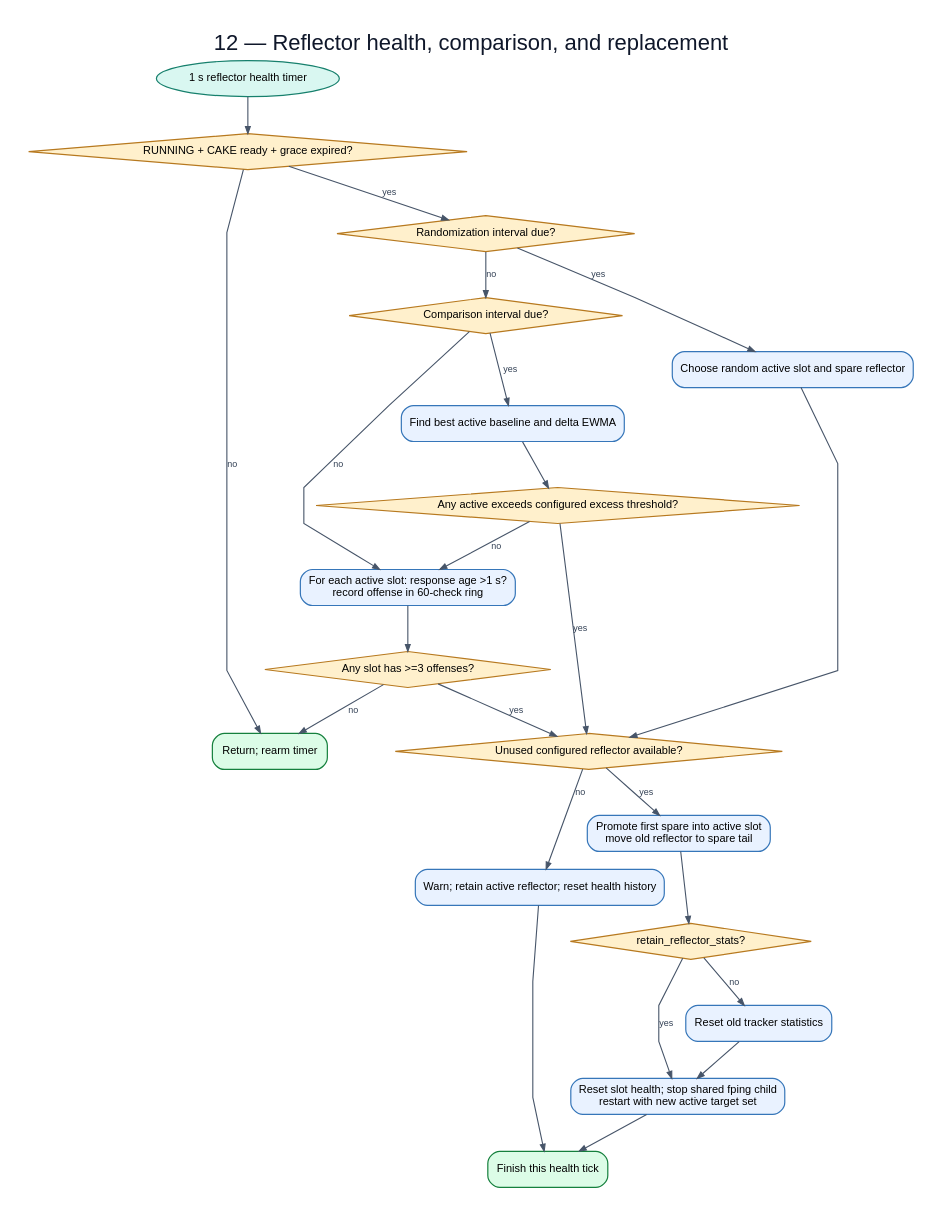
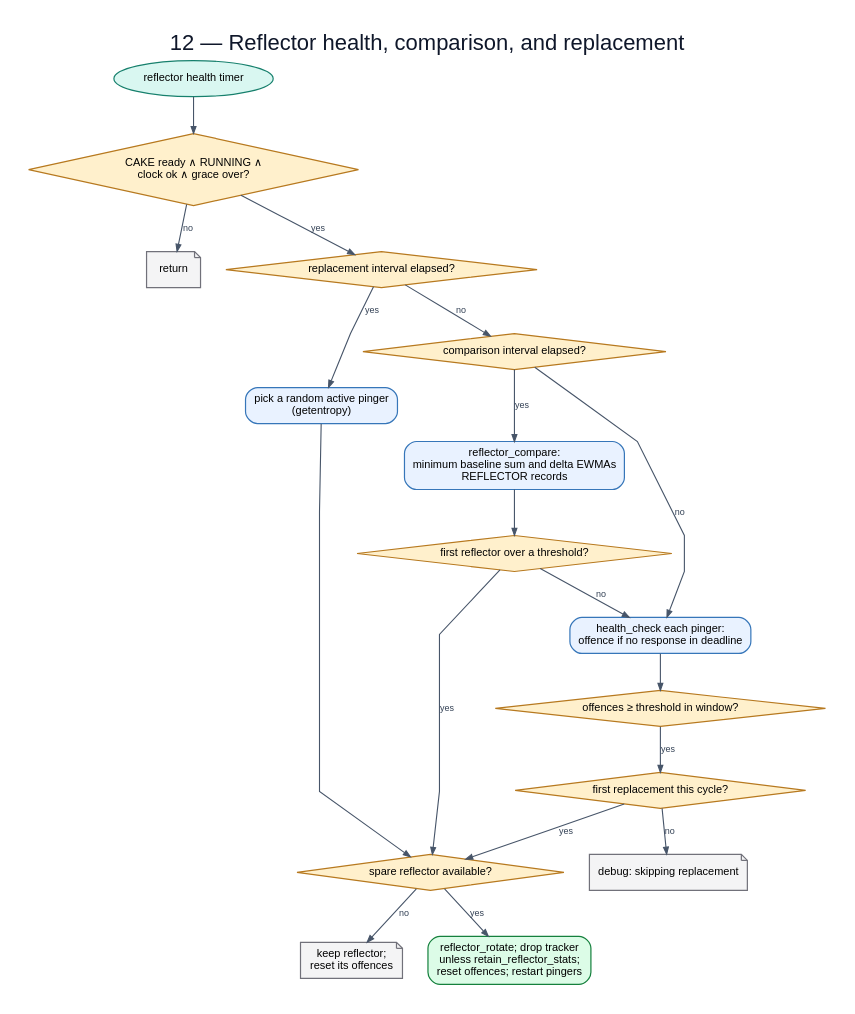
Before and after one commit to huydoan94/cake-adapt: the diagram in flowchart/diagrams/12-reflector-health.dot, drawn with Graphviz. The commit also changed 38 other files, not shown here.

First line of the commit message:
Redraw the flowcharts from the current sources

```diff
--- a/flowchart/diagrams/12-reflector-health.dot
+++ b/flowchart/diagrams/12-reflector-health.dot
@@ -1,44 +1,37 @@
 digraph G {
   graph [rankdir=TB,bgcolor="white",pad="0.30",nodesep="0.35",ranksep="0.48",splines=polyline,fontname="Arial",label="12 — Reflector health, comparison, and replacement",labelloc=t,fontsize=22,fontcolor="#0f172a"];
   node [fontname="Arial",fontsize=11,margin="0.14,0.09",penwidth=1.2];
   edge [fontname="Arial",fontsize=9,color="#475569",fontcolor="#334155",arrowsize=0.7,penwidth=1.1];
-  tick [label="1 s reflector health timer",shape=oval,style="filled",fillcolor="#d9f7f1",color="#17806d"];
-  eligible [label="RUNNING + CAKE ready + grace expired?",shape=diamond,style="filled",fillcolor="#fff0cc",color="#b7791f"];
-  return [label="Return; rearm timer",shape=box,style="rounded,filled,bold",fillcolor="#dcfce7",color="#15803d"];
-  random [label="Randomization interval due?",shape=diamond,style="filled",fillcolor="#fff0cc",color="#b7791f"];
-  choose [label="Choose random active slot and spare reflector",shape=box,style="rounded,filled",fillcolor="#e9f2ff",color="#3676b9"];
-  compare [label="Comparison interval due?",shape=diamond,style="filled",fillcolor="#fff0cc",color="#b7791f"];
-  best [label="Find best active baseline and delta EWMA",shape=box,style="rounded,filled",fillcolor="#e9f2ff",color="#3676b9"];
-  poor [label="Any active exceeds configured excess threshold?",shape=diamond,style="filled",fillcolor="#fff0cc",color="#b7791f"];
-  health [label="For each active slot: response age >1 s?\nrecord offense in 60-check ring",shape=box,style="rounded,filled",fillcolor="#e9f2ff",color="#3676b9"];
-  bad [label="Any slot has >=3 offenses?",shape=diamond,style="filled",fillcolor="#fff0cc",color="#b7791f"];
-  spare [label="Unused configured reflector available?",shape=diamond,style="filled",fillcolor="#fff0cc",color="#b7791f"];
-  warn [label="Warn; retain active reflector; reset health history",shape=box,style="rounded,filled",fillcolor="#e9f2ff",color="#3676b9"];
-  swap [label="Promote first spare into active slot\nmove old reflector to spare tail",shape=box,style="rounded,filled",fillcolor="#e9f2ff",color="#3676b9"];
-  retain [label="retain_reflector_stats?",shape=diamond,style="filled",fillcolor="#fff0cc",color="#b7791f"];
-  reset [label="Reset old tracker statistics",shape=box,style="rounded,filled",fillcolor="#e9f2ff",color="#3676b9"];
-  child [label="Reset slot health; stop shared fping child\nrestart with new active target set",shape=box,style="rounded,filled",fillcolor="#e9f2ff",color="#3676b9"];
-  done [label="Finish this health tick",shape=box,style="rounded,filled,bold",fillcolor="#dcfce7",color="#15803d"];
-  tick -> eligible;
-  eligible -> return [label="no"];
-  eligible -> random [label="yes"];
-  random -> choose [label="yes"];
-  random -> compare [label="no"];
-  choose -> spare;
-  compare -> best [label="yes"];
-  compare -> health [label="no"];
-  best -> poor;
-  poor -> spare [label="yes"];
-  poor -> health [label="no"];
-  health -> bad;
-  bad -> return [label="no"];
-  bad -> spare [label="yes"];
-  spare -> warn [label="no"];
-  spare -> swap [label="yes"];
-  warn -> done;
-  swap -> retain;
-  retain -> reset [label="no"];
-  retain -> child [label="yes"];
-  reset -> child;
-  child -> done;
+  tick [label="reflector health timer",shape=oval,style="filled",fillcolor="#d9f7f1",color="#17806d"];
+  gate [label="CAKE ready ∧ RUNNING ∧\nclock ok ∧ grace over?",shape=diamond,style="filled",fillcolor="#fff0cc",color="#b7791f"];
+  skip [label="return",shape=note,style="filled",fillcolor="#f4f4f5",color="#71717a"];
+  replace [label="replacement interval elapsed?",shape=diamond,style="filled",fillcolor="#fff0cc",color="#b7791f"];
+  random [label="pick a random active pinger\n(getentropy)",shape=box,style="rounded,filled",fillcolor="#e9f2ff",color="#3676b9"];
+  compare [label="comparison interval elapsed?",shape=diamond,style="filled",fillcolor="#fff0cc",color="#b7791f"];
+  cmp [label="reflector_compare:\nminimum baseline sum and delta EWMAs\nREFLECTOR records",shape=box,style="rounded,filled",fillcolor="#e9f2ff",color="#3676b9"];
+  outlier [label="first reflector over a threshold?",shape=diamond,style="filled",fillcolor="#fff0cc",color="#b7791f"];
+  check [label="health_check each pinger:\noffence if no response in deadline",shape=box,style="rounded,filled",fillcolor="#e9f2ff",color="#3676b9"];
+  bad [label="offences ≥ threshold in window?",shape=diamond,style="filled",fillcolor="#fff0cc",color="#b7791f"];
+  once [label="first replacement this cycle?",shape=diamond,style="filled",fillcolor="#fff0cc",color="#b7791f"];
+  skiprep [label="debug: skipping replacement",shape=note,style="filled",fillcolor="#f4f4f5",color="#71717a"];
+  spare [label="spare reflector available?",shape=diamond,style="filled",fillcolor="#fff0cc",color="#b7791f"];
+  retain [label="keep reflector;\nreset its offences",shape=note,style="filled",fillcolor="#f4f4f5",color="#71717a"];
+  rotate [label="reflector_rotate; drop tracker\nunless retain_reflector_stats;\nreset offences; restart pingers",shape=box,style="rounded,filled,bold",fillcolor="#dcfce7",color="#15803d"];
+  tick -> gate;
+  gate -> skip [label="no"];
+  gate -> replace [label="yes"];
+  replace -> random [label="yes"];
+  random -> spare;
+  replace -> compare [label="no"];
+  compare -> cmp [label="yes"];
+  cmp -> outlier;
+  outlier -> spare [label="yes"];
+  outlier -> check [label="no"];
+  compare -> check [label="no"];
+  check -> bad;
+  bad -> once [label="yes"];
+  once -> spare [label="yes"];
+  once -> skiprep [label="no"];
+  spare -> retain [label="no"];
+  spare -> rotate [label="yes"];
 }
```
